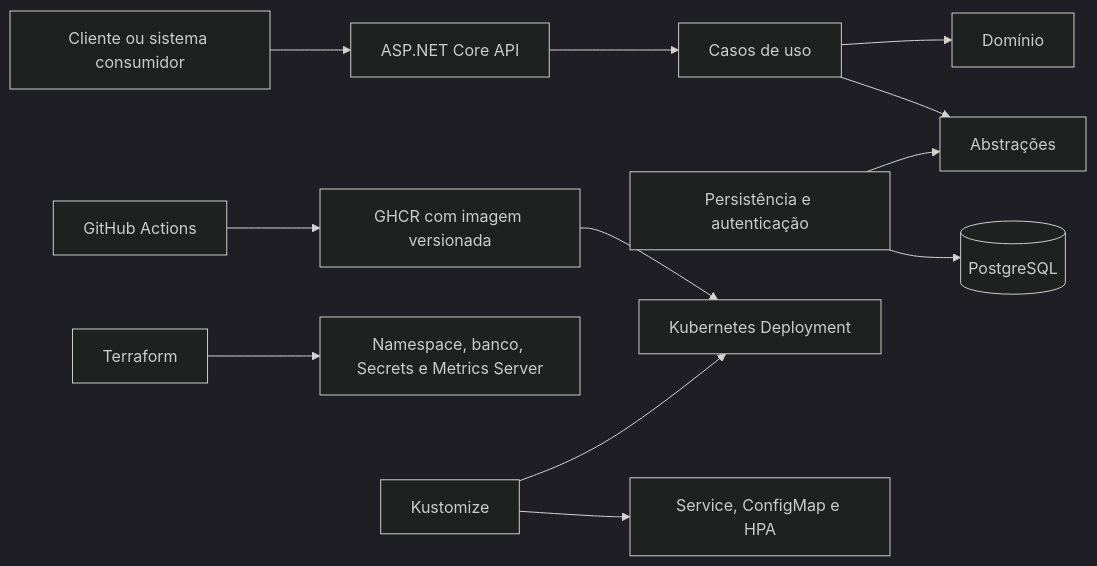
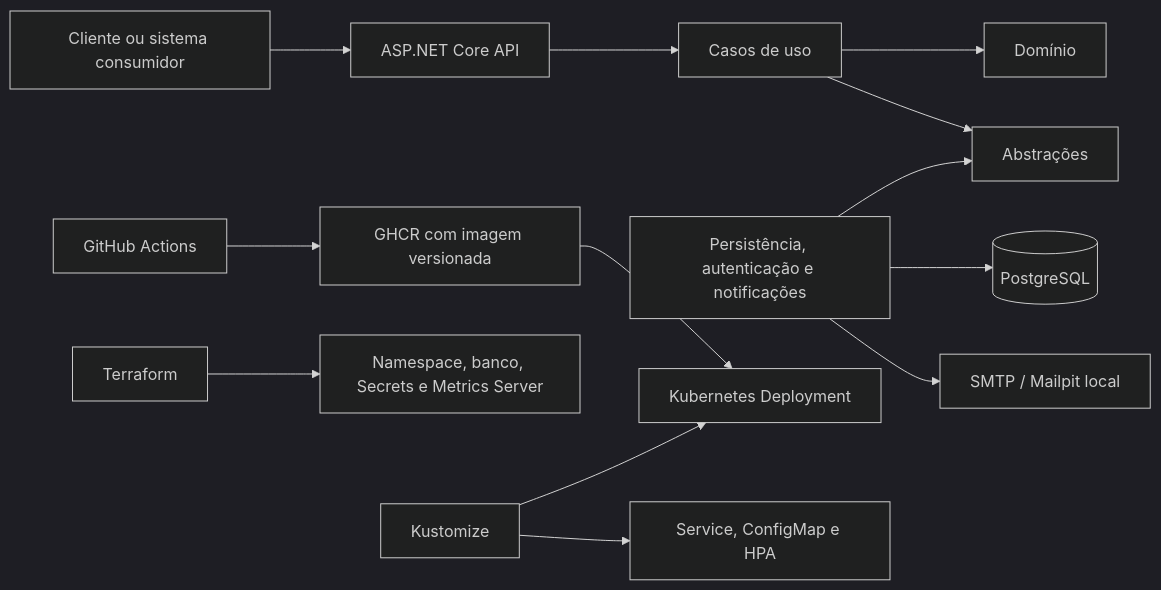
Before and after one commit to louistx/fiap-tech-challenge: the diagram in README.md, drawn with Mermaid (dark theme). The commit also changed other lines of this file and 16 other files, not shown here.

````diff
--- a/README.md
+++ b/README.md
@@ -65,15 +65,16 @@
 ```mermaid
 flowchart LR
     Client[Cliente ou sistema consumidor] --> API[ASP.NET Core API]
     API --> Application[Casos de uso]
     Application --> Domain[Domínio]
     Application --> Contracts[Abstrações]
-    Infrastructure[Persistência e autenticação] --> Contracts
+    Infrastructure[Persistência, autenticação e notificações] --> Contracts
     Infrastructure --> Database[(PostgreSQL)]
+    Infrastructure --> Mailpit[SMTP / Mailpit local]
 
     Actions[GitHub Actions] --> GHCR[GHCR com imagem versionada]
     GHCR --> Deployment[Kubernetes Deployment]
     Terraform[Terraform] --> Dependencies[Namespace, banco, Secrets e Metrics Server]
     Kustomize[Kustomize] --> Deployment
     Kustomize --> Service[Service, ConfigMap e HPA]
 ```
````
